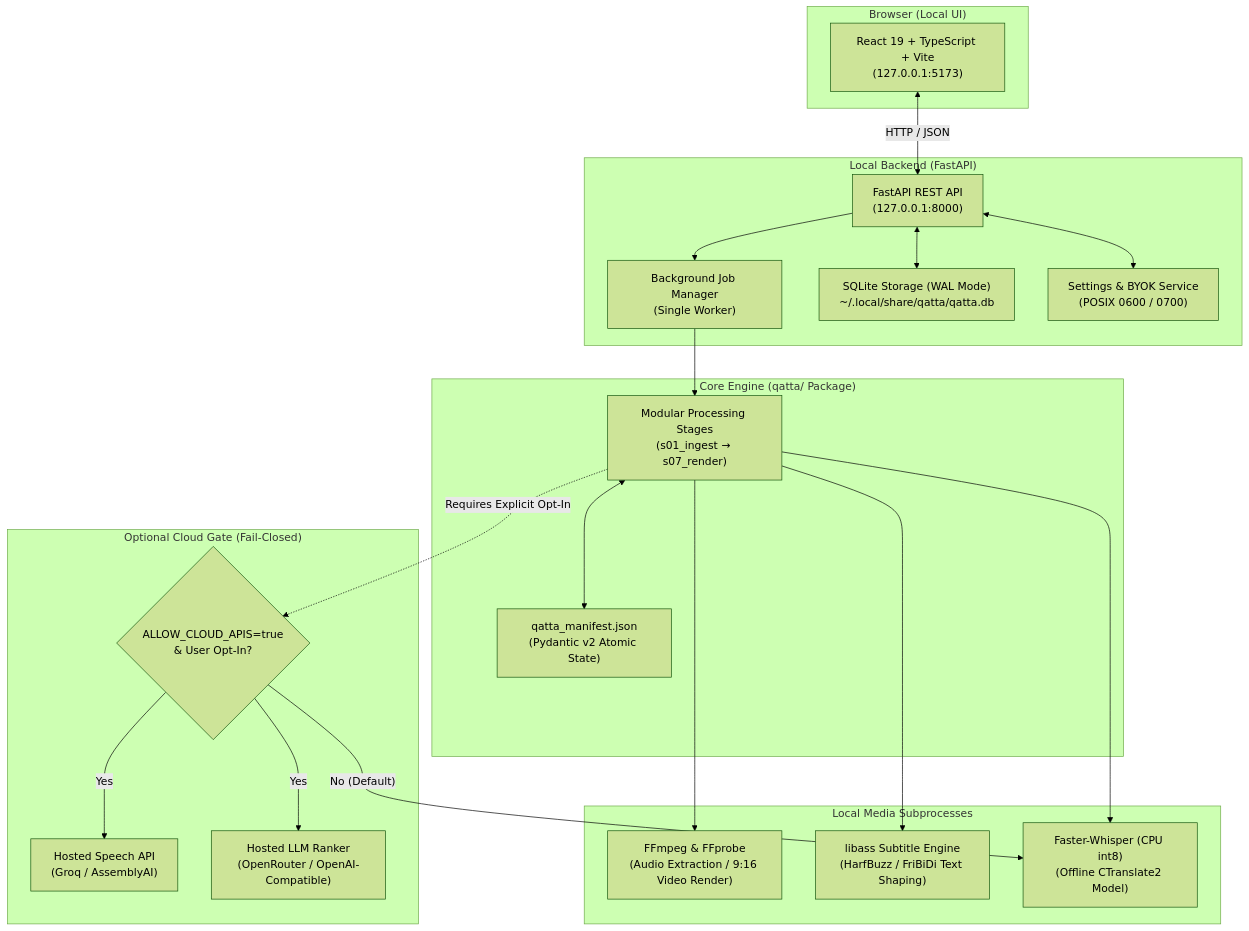
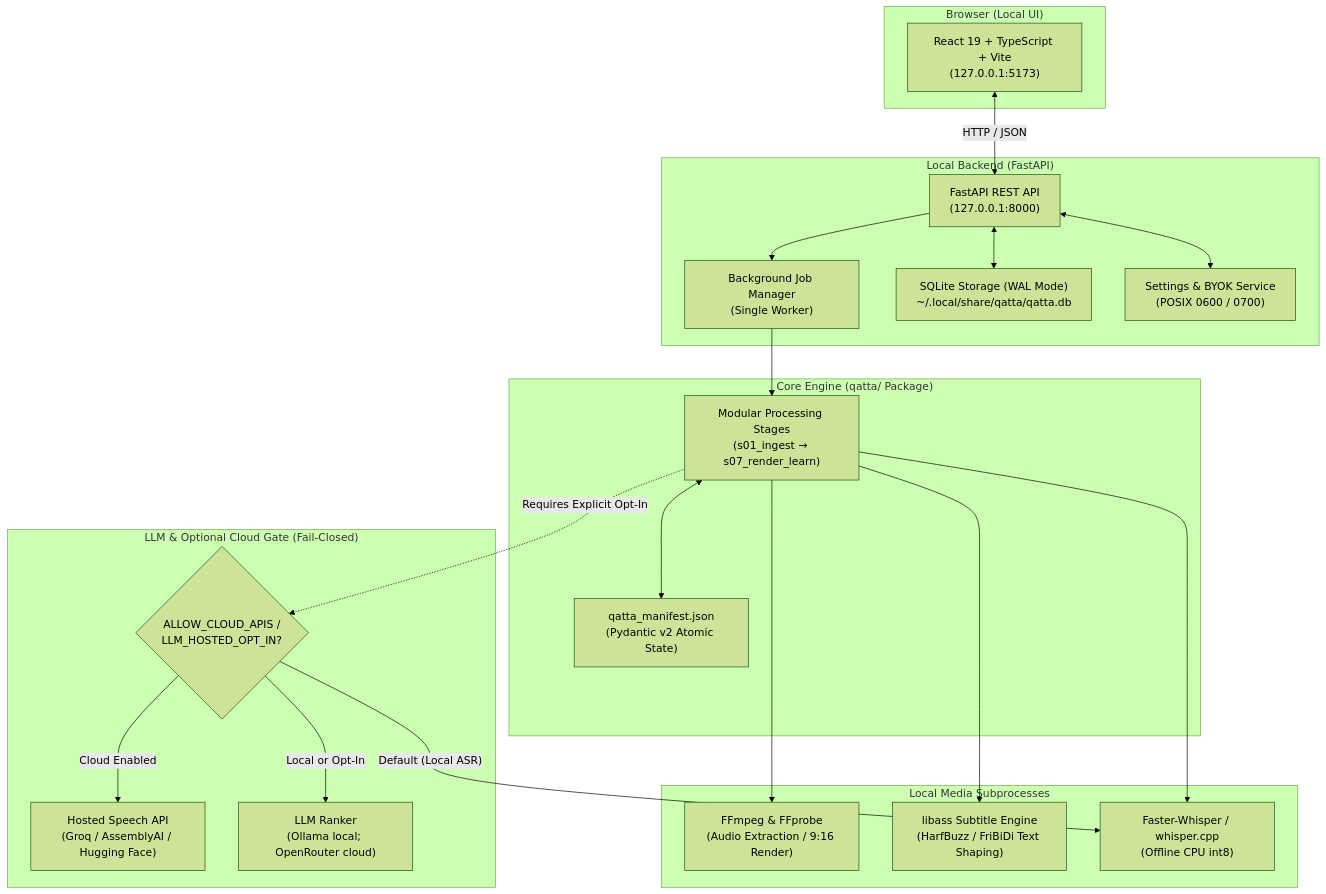
The diagram in README.md (thewizard2030/laqta), drawn with Mermaid (forest theme) before and after one commit. The commit also changed other lines of this file and 1 other file, not shown here.

````diff
--- a/README.md
+++ b/README.md
@@ -263,45 +321,45 @@
 ```mermaid
 flowchart TD
     subgraph Client["Browser (Local UI)"]
         UI["React 19 + TypeScript + Vite<br/>(127.0.0.1:5173)"]
     end
 
     subgraph Backend["Local Backend (FastAPI)"]
         API["FastAPI REST API<br/>(127.0.0.1:8000)"]
         Jobs["Background Job Manager<br/>(Single Worker)"]
         Repo["SQLite Storage (WAL Mode)<br/>~/.local/share/qatta/qatta.db"]
         SettingsSvc["Settings & BYOK Service<br/>(POSIX 0600 / 0700)"]
     end
 
     subgraph Core["Core Engine (qatta/ Package)"]
         Manifest["qatta_manifest.json<br/>(Pydantic v2 Atomic State)"]
-        Pipeline["Modular Processing Stages<br/>(s01_ingest → s07_render)"]
+        Pipeline["Modular Processing Stages<br/>(s01_ingest → s07_render_learn)"]
     end
 
     subgraph LocalTools["Local Media Subprocesses"]
-        FFmpeg["FFmpeg & FFprobe<br/>(Audio Extraction / 9:16 Video Render)"]
+        FFmpeg["FFmpeg & FFprobe<br/>(Audio Extraction / 9:16 Render)"]
         Libass["libass Subtitle Engine<br/>(HarfBuzz / FriBiDi Text Shaping)"]
-        Whisper["Faster-Whisper (CPU int8)<br/>(Offline CTranslate2 Model)"]
+        Whisper["Faster-Whisper / whisper.cpp<br/>(Offline CPU int8)"]
     end
 
-    subgraph CloudGate["Optional Cloud Gate (Fail-Closed)"]
-        Gate{"ALLOW_CLOUD_APIS=true<br/>& User Opt-In?"}
-        HostedASR["Hosted Speech API<br/>(Groq / AssemblyAI)"]
-        HostedLLM["Hosted LLM Ranker<br/>(OpenRouter / OpenAI-Compatible)"]
+    subgraph CloudGate["LLM & Optional Cloud Gate (Fail-Closed)"]
+        Gate{"ALLOW_CLOUD_APIS /<br/>LLM_HOSTED_OPT_IN?"}
+        HostedASR["Hosted Speech API<br/>(Groq / AssemblyAI / Hugging Face)"]
+        HostedLLM["LLM Ranker<br/>(Ollama local; OpenRouter cloud)"]
     end
 
     UI <-->|HTTP / JSON| API
     API --> Jobs
     API <--> Repo
     API <--> SettingsSvc
     Jobs --> Pipeline
     Pipeline <--> Manifest
     Pipeline --> FFmpeg
     Pipeline --> Libass
     Pipeline --> Whisper
 
     Pipeline -.->|Requires Explicit Opt-In| Gate
-    Gate -->|Yes| HostedASR
-    Gate -->|Yes| HostedLLM
-    Gate -->|"No (Default)"| Whisper
+    Gate -->|Cloud Enabled| HostedASR
+    Gate -->|Local or Opt-In| HostedLLM
+    Gate -->|"Default (Local ASR)"| Whisper
 ```
````
